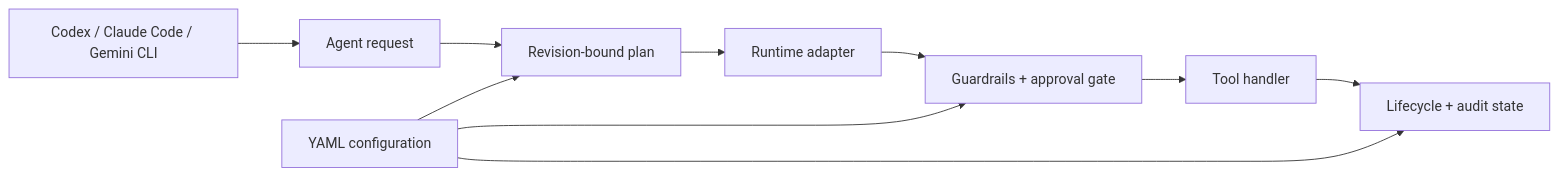
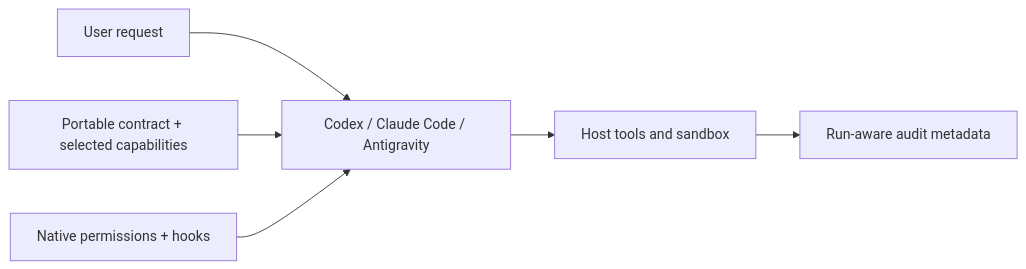
One commit to qelu/agent-template changed the diagram in README.md. Above: the diagram before and after it, drawn with Mermaid. The commit also changed other lines of this file and 78 other files, not shown here.

First line of the commit message:
Realign the harness around host-native enforcement (#17)

````diff
--- a/README.md
+++ b/README.md
@@ -48,12 +31,8 @@
 ```mermaid
 flowchart LR
-    A["Agent request"] --> P["Revision-bound plan"]
-    P --> R["Runtime adapter"]
-    R --> G["Guardrails + approval gate"]
-    G --> T["Tool handler"]
-    T --> L["Lifecycle + audit state"]
-    C["YAML configuration"] --> P
-    C --> G
-    C --> L
-    H["Codex / Claude Code / Gemini CLI"] --> A
+    U["User request"] --> H["Codex / Claude Code / Antigravity"]
+    C["Portable contract + selected capabilities"] --> H
+    N["Native permissions + hooks"] --> H
+    H --> T["Host tools and sandbox"]
+    T --> A["Run-aware audit metadata"]
 ```
````
